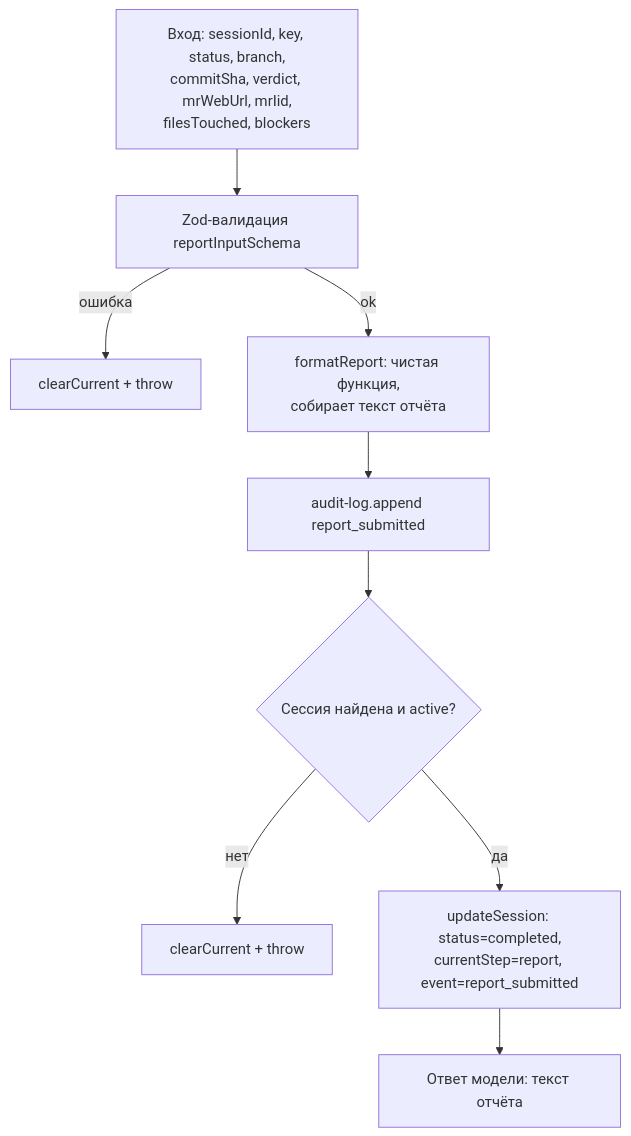
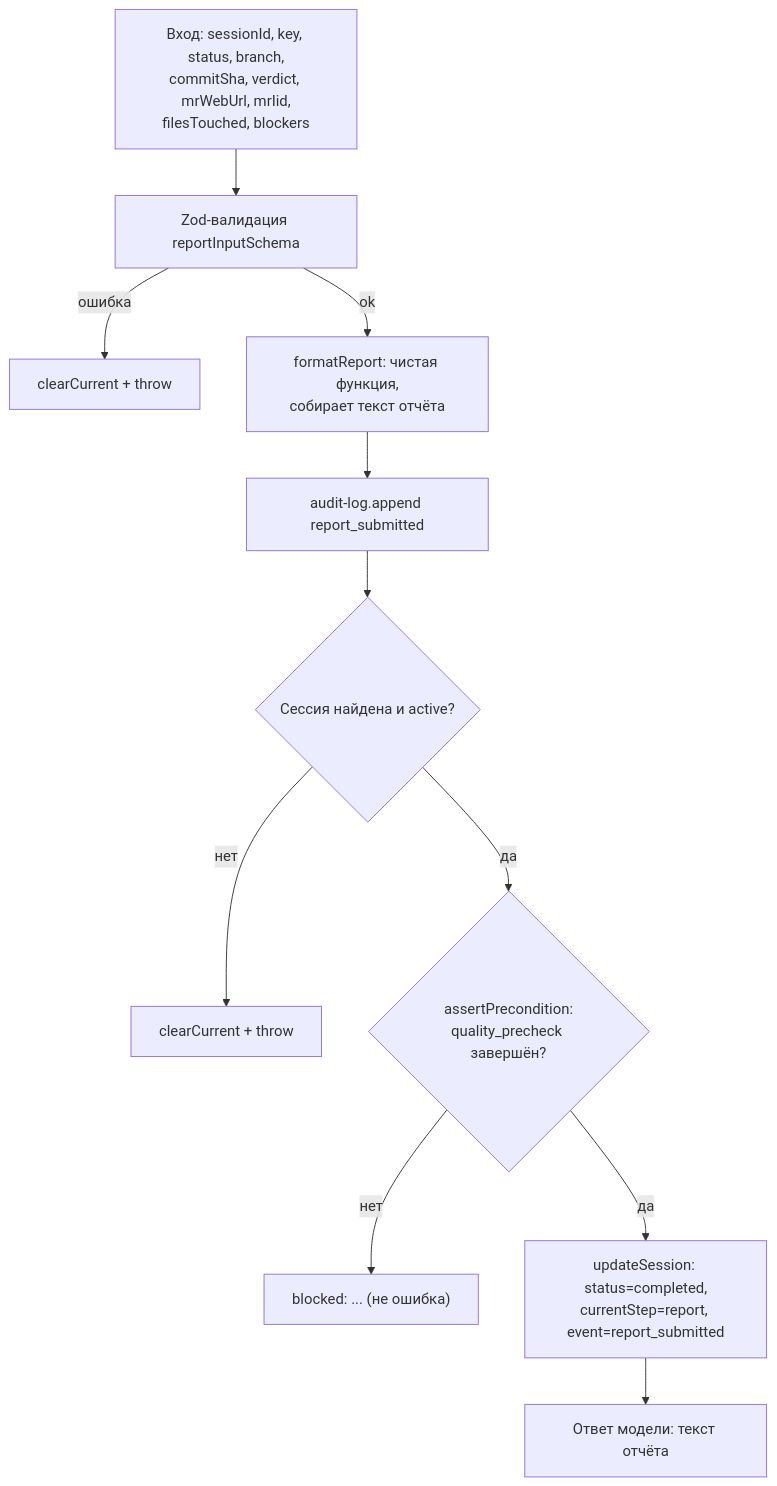
One commit to PavelsPolakovs/sdlc-tools changed the diagram in packages/sdlc-ship-changes/src/tools/report/README.md. Above: the diagram before and after it, drawn with Mermaid. The commit also changed other lines of this file and 30 other files, not shown here.

First line of the commit message:
Remove unimplemented pipeline stub tools; add assertPrecondition/pipeline-order with tests

````diff
--- a/packages/sdlc-ship-changes/src/tools/report/README.md
+++ b/packages/sdlc-ship-changes/src/tools/report/README.md
@@ -7,11 +7,13 @@
 ```mermaid
 flowchart TD
     A["Вход: sessionId, key, status, branch,\ncommitSha, verdict, mrWebUrl, mrIid,\nfilesTouched, blockers"] --> B[Zod-валидация reportInputSchema]
     B -- ошибка --> B1[clearCurrent + throw]
     B -- ok --> C[formatReport: чистая функция,\nсобирает текст отчёта]
     C --> D[audit-log.append report_submitted]
     D --> E{Сессия найдена и active?}
     E -- нет --> E1[clearCurrent + throw]
-    E -- да --> F["updateSession: status=completed,\ncurrentStep=report, event=report_submitted"]
+    E -- да --> E2{assertPrecondition:\nquality_precheck завершён?}
+    E2 -- нет --> E3["blocked: ... (не ошибка)"]
+    E2 -- да --> F["updateSession: status=completed,\ncurrentStep=report, event=report_submitted"]
     F --> G[Ответ модели: текст отчёта]
 ```
````
